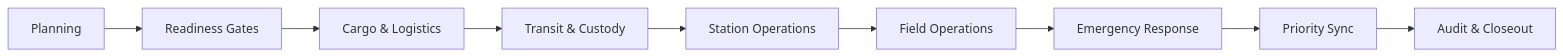
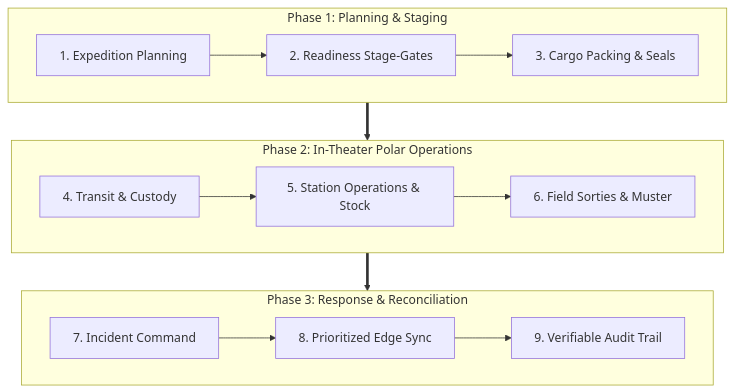
The first of 2 diagrams in README.md (StrikerFr/Dhruv-Setu), drawn with Mermaid before and after one commit.

Commit message:
docs: improve Core Workflow diagram layout for responsiveness and readability

````diff
--- a/README.md
+++ b/README.md
@@ -46,11 +46,19 @@
 ```mermaid
-flowchart LR
-    A["Planning"] --> B["Readiness Gates"]
-    B --> C["Cargo & Logistics"]
-    C --> D["Transit & Custody"]
-    D --> E["Station Operations"]
-    E --> F["Field Operations"]
-    F --> G["Emergency Response"]
-    G --> H["Priority Sync"]
-    H --> I["Audit & Closeout"]
+flowchart TD
+    subgraph Phase1 ["Phase 1: Planning & Staging"]
+        direction LR
+        A["1. Expedition Planning"] --> B["2. Readiness Stage-Gates"] --> C["3. Cargo Packing & Seals"]
+    end
+
+    subgraph Phase2 ["Phase 2: In-Theater Polar Operations"]
+        direction LR
+        D["4. Transit & Custody"] --> E["5. Station Operations & Stock"] --> F["6. Field Sorties & Muster"]
+    end
+
+    subgraph Phase3 ["Phase 3: Response & Reconciliation"]
+        direction LR
+        G["7. Incident Command"] --> H["8. Prioritized Edge Sync"] --> I["9. Verifiable Audit Trail"]
+    end
+
+    Phase1 ==> Phase2 ==> Phase3
 ```
````
